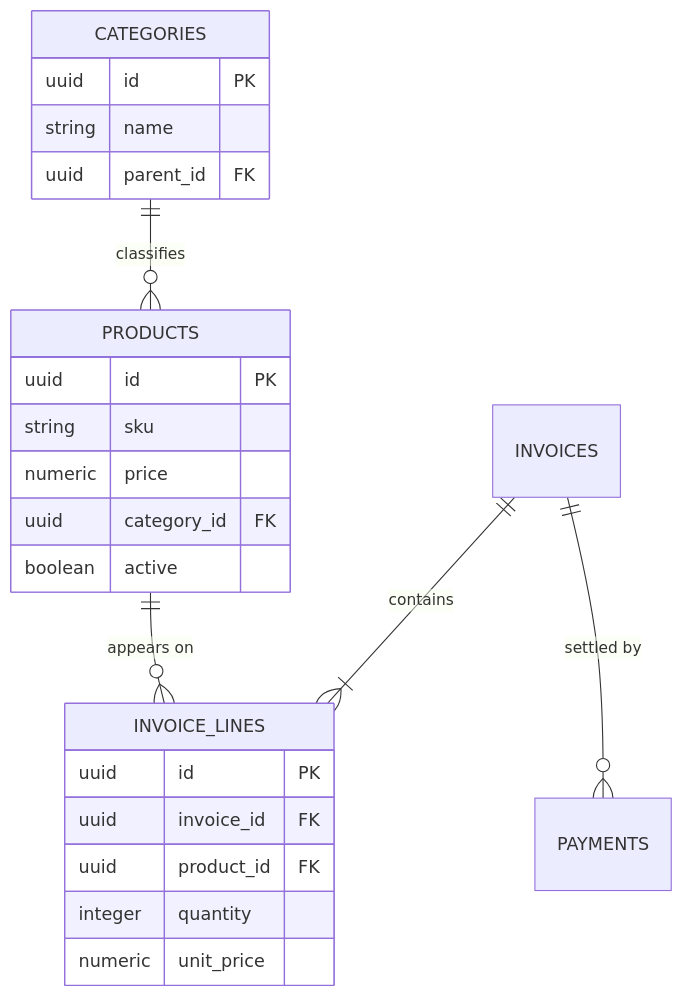
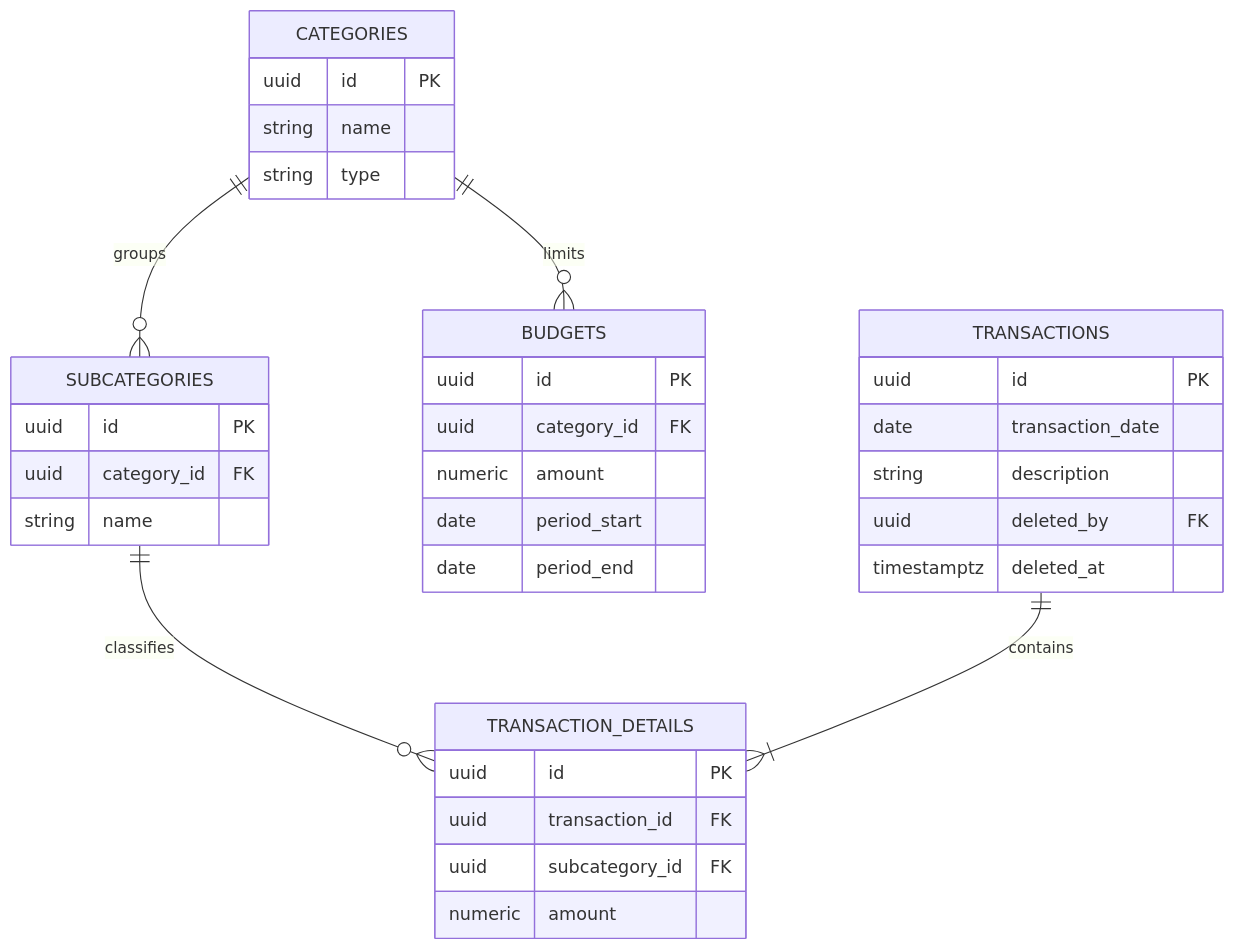
One commit to Naudi13/budget-tracker changed the diagram in docs/06-data/models.md. Above: the diagram before and after it, drawn with Mermaid. The commit also changed other lines of this file and 2 other files, not shown here.

First line of the commit message:
docs(data): model the schema behind the transactions and identity modules

````diff
--- a/docs/06-data/models.md
+++ b/docs/06-data/models.md
@@ -28,26 +26,37 @@
 ```mermaid
 erDiagram
-    CATEGORIES ||--o{ PRODUCTS : classifies
-    PRODUCTS ||--o{ INVOICE_LINES : "appears on"
-    INVOICES ||--|{ INVOICE_LINES : contains
-    INVOICES ||--o{ PAYMENTS : "settled by"
+    CATEGORIES ||--o{ SUBCATEGORIES : groups
+    CATEGORIES ||--o{ BUDGETS : limits
+    SUBCATEGORIES ||--o{ TRANSACTION_DETAILS : classifies
+    TRANSACTIONS ||--|{ TRANSACTION_DETAILS : contains
     CATEGORIES {
         uuid id PK
         string name
-        uuid parent_id FK
+        string type
     }
-    PRODUCTS {
+    SUBCATEGORIES {
         uuid id PK
-        string sku
-        numeric price
         uuid category_id FK
-        boolean active
+        string name
     }
-    INVOICE_LINES {
+    BUDGETS {
         uuid id PK
-        uuid invoice_id FK
-        uuid product_id FK
-        integer quantity
-        numeric unit_price
+        uuid category_id FK
+        numeric amount
+        date period_start
+        date period_end
+    }
+    TRANSACTIONS {
+        uuid id PK
+        date transaction_date
+        string description
+        uuid deleted_by FK
+        timestamptz deleted_at
+    }
+    TRANSACTION_DETAILS {
+        uuid id PK
+        uuid transaction_id FK
+        uuid subcategory_id FK
+        numeric amount
     }
 ```
````
